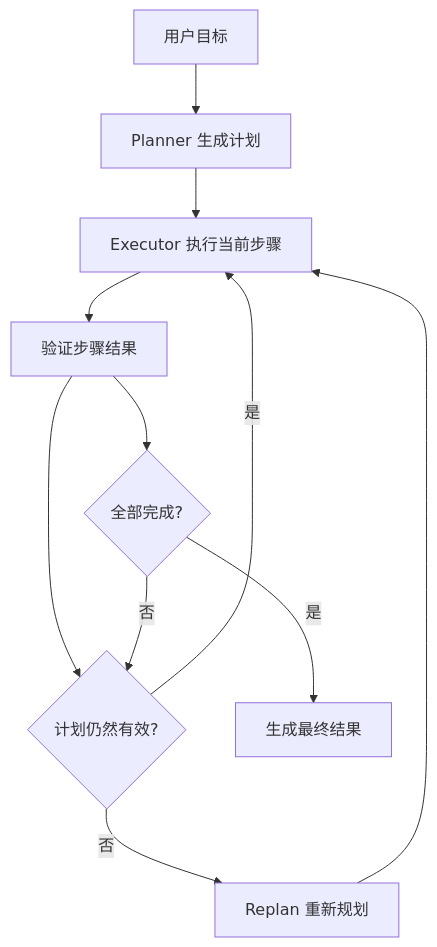
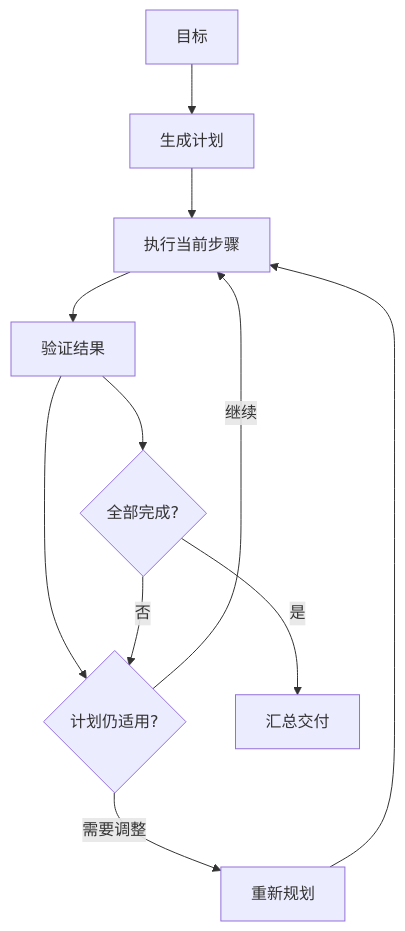
The second of 3 diagrams in docs/AI/Agent Engineering/Agent基础/基础概念.md (Doge2077/liyyro), drawn with Mermaid before and after one commit. The commit also changed other lines of this file, not shown here.

````diff
--- a/docs/AI/Agent Engineering/Agent基础/基础概念.md
+++ b/docs/AI/Agent Engineering/Agent基础/基础概念.md
@@ -676,13 +487,13 @@
 ```mermaid
 flowchart TD
-  A[用户目标] --> B[Planner 生成计划]
-  B --> C[Executor 执行当前步骤]
-  C --> D[验证步骤结果]
-  D --> E{计划仍然有效?}
-  E -->|是| C
-  E -->|否| F[Replan 重新规划]
+  A[目标] --> B[生成计划]
+  B --> C[执行当前步骤]
+  C --> D[验证结果]
+  D --> E{计划仍适用?}
+  E -->|继续| C
+  E -->|需要调整| F[重新规划]
   F --> C
   D --> G{全部完成?}
-  G -->|是| H[生成最终结果]
+  G -->|是| H[汇总交付]
   G -->|否| E
 ```
````
